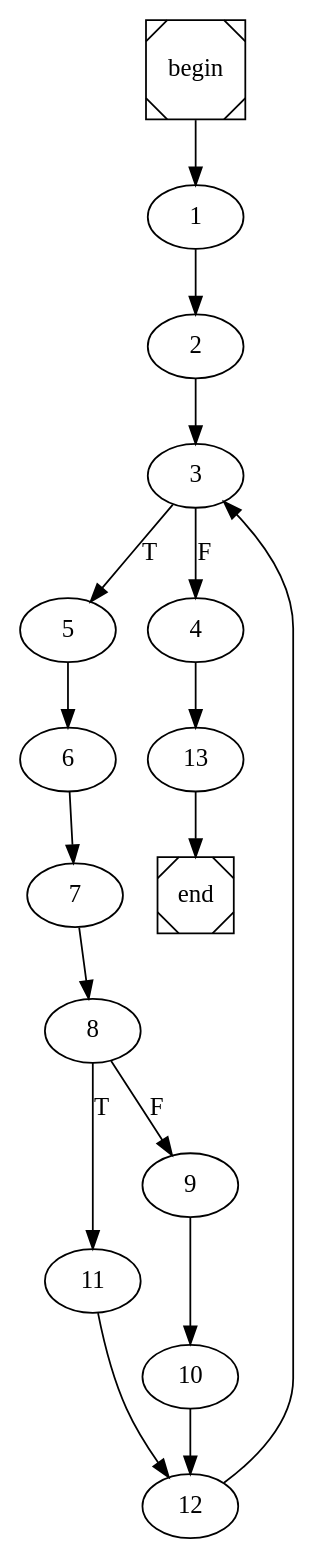
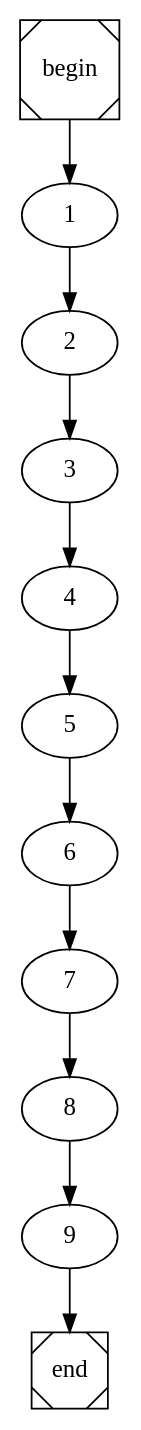
One commit to TiagooGomess/COMP2021-1B changed the diagram in main.dot. Above: the diagram before and after it, drawn with Graphviz. The commit also changed 5 other files, not shown here.

```diff
--- a/main.dot
+++ b/main.dot
@@ -1,4 +1,4 @@
 digraph cfg {
 	begin [shape=Msquare];
 	end [shape=Msquare];
-	begin -> 1;	1 -> 2;	2 -> 3;	3 -> 5[label=T];	3 -> 4[label=F];	4 -> 13;	5 -> 6;	6 -> 7;	7 -> 8;	8 -> 11[label=T];	8 -> 9[label=F];	9 -> 10;	10 -> 12;	11 -> 12;	12 -> 3;	13 -> end;}
+	begin -> 1;	1 -> 2;	2 -> 3;	3 -> 4;	4 -> 5;	5 -> 6;	6 -> 7;	7 -> 8;	8 -> 9;	9 -> end;}
```
